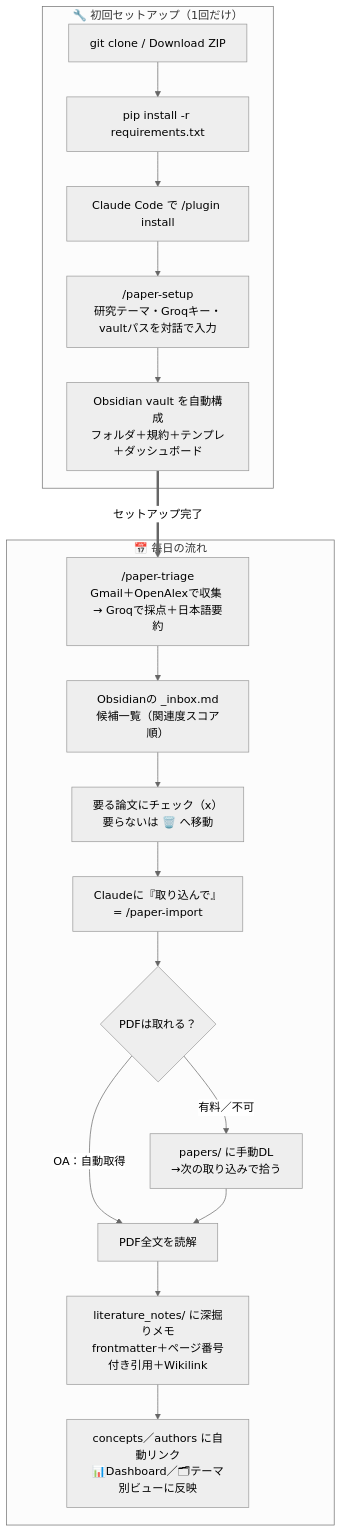
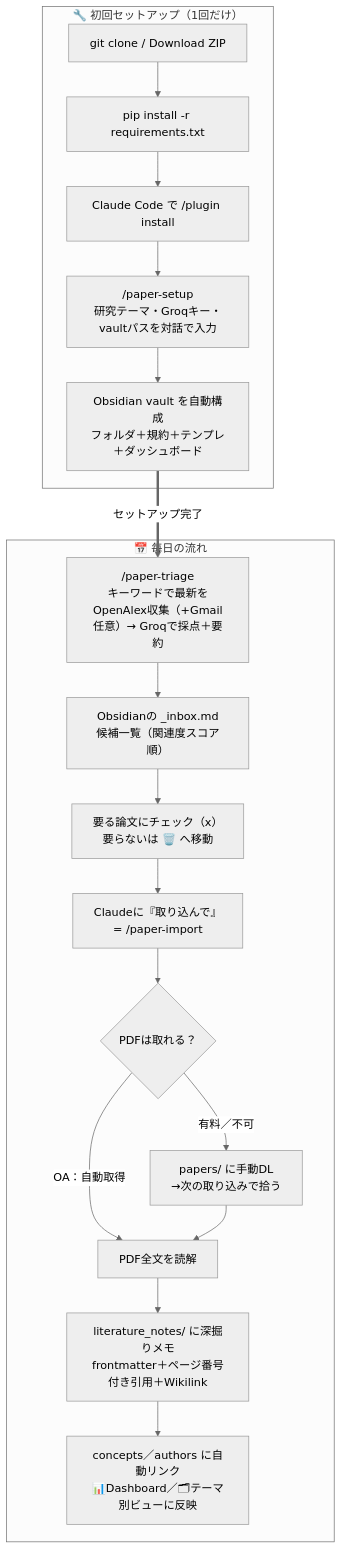
The diagram in README.md (yutohiraki/research-pipeline), drawn with Mermaid (neutral theme) before and after one commit. The commit also changed 6 other files, not shown here.

First line of the commit message:
Add OpenAlex keyword search for recent papers (Gmail-free input)

````diff
--- a/README.md
+++ b/README.md
@@ -20,23 +20,23 @@
 ```mermaid
 flowchart TD
     subgraph SETUP["🔧 初回セットアップ（1回だけ）"]
         A["git clone / Download ZIP"] --> B["pip install -r requirements.txt"]
         B --> C["Claude Code で /plugin install"]
         C --> D["/paper-setup<br/>研究テーマ・Groqキー・vaultパスを対話で入力"]
         D --> E["Obsidian vault を自動構成<br/>フォルダ＋規約＋テンプレ＋ダッシュボード"]
     end
 
     subgraph DAILY["📅 毎日の流れ"]
-        F["/paper-triage<br/>Gmail＋OpenAlexで収集 → Groqで採点＋日本語要約"] --> G["Obsidianの _inbox.md<br/>候補一覧（関連度スコア順）"]
+        F["/paper-triage<br/>キーワードで最新をOpenAlex収集（+Gmail任意）→ Groqで採点＋要約"] --> G["Obsidianの _inbox.md<br/>候補一覧（関連度スコア順）"]
         G --> H["要る論文にチェック（x）<br/>要らないは 🗑️ へ移動"]
         H --> I["Claudeに『取り込んで』<br/>= /paper-import"]
         I --> J{"PDFは取れる？"}
         J -->|"OA：自動取得"| K["PDF全文を読解"]
         J -->|"有料／不可"| L["papers/ に手動DL<br/>→次の取り込みで拾う"]
         L --> K
         K --> M["literature_notes/ に深掘りメモ<br/>frontmatter＋ページ番号付き引用＋Wikilink"]
         M --> N["concepts／authors に自動リンク<br/>📊Dashboard／🗂テーマ別ビューに反映"]
     end
 
     E ==>|セットアップ完了| F
 ```
````
